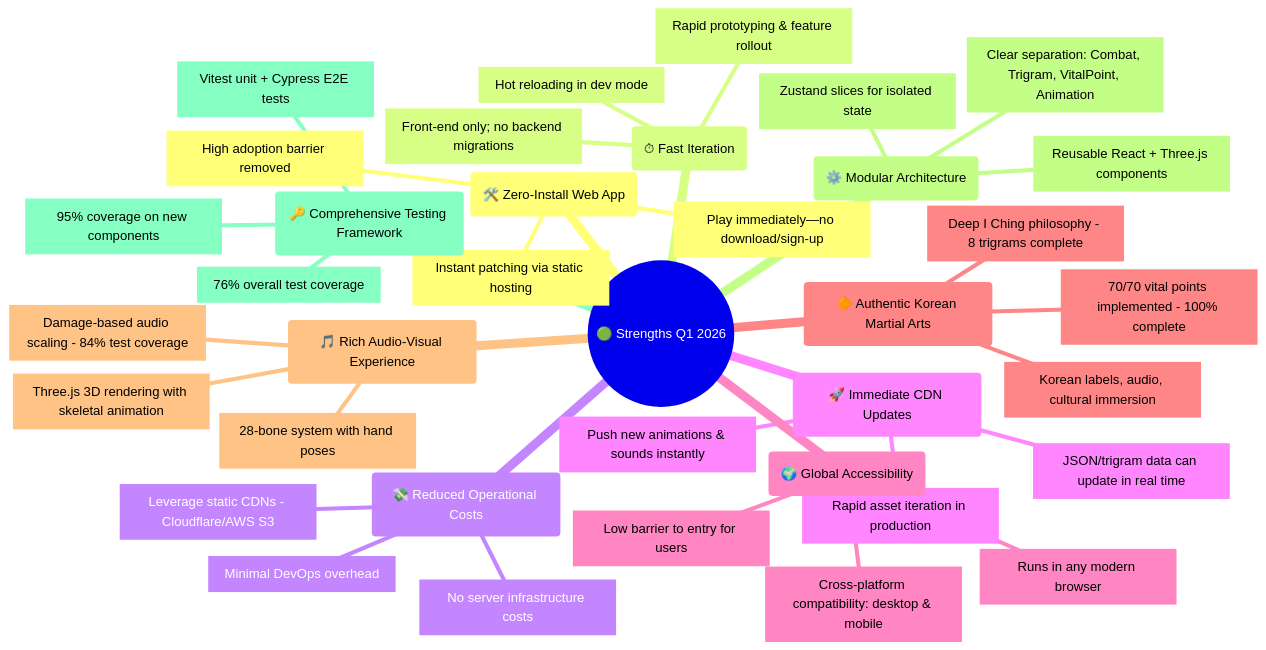
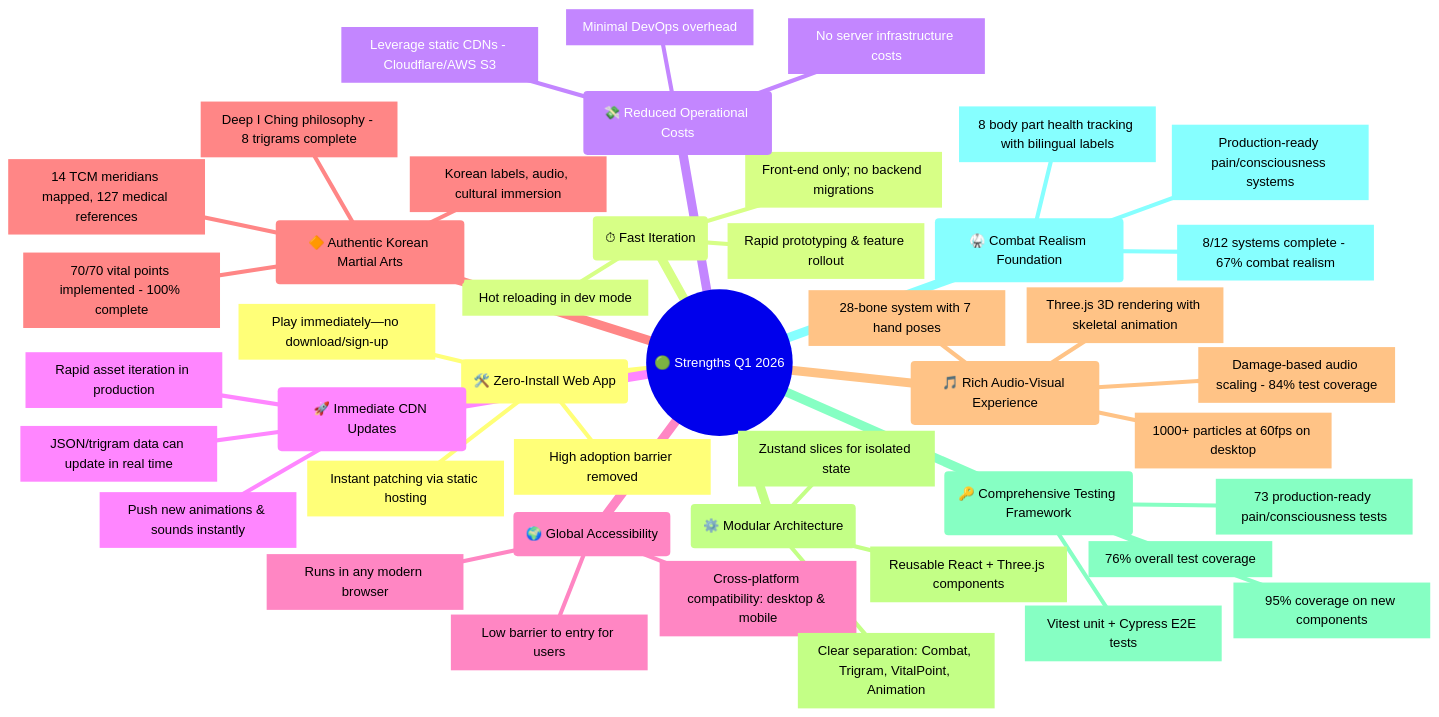
Before and after one commit to Hack23/blacktrigram: the ninth of 22 diagrams in ARCHITECTURE.md, drawn with Mermaid. The commit also changed other lines of this file, not shown here.

First line of the commit message:
Update ARCHITECTURE.md to reflect Q1 2026 Three.js implementation state

````diff
--- a/ARCHITECTURE.md
+++ b/ARCHITECTURE.md
@@ -1377,40 +1506,47 @@
 ```mermaid
 mindmap
   root((🟢 Strengths Q1 2026))
     id1(🛠️ Zero-Install Web App)
       id1.1[Play immediately—no download/sign-up]
       id1.2[Instant patching via static hosting]
       id1.3[High adoption barrier removed]
     id2(⏱ Fast Iteration)
       id2.1[Front-end only; no backend migrations]
       id2.2[Rapid prototyping & feature rollout]
       id2.3[Hot reloading in dev mode]
     id3(💸 Reduced Operational Costs)
       id3.1[No server infrastructure costs]
       id3.2[Leverage static CDNs - Cloudflare/AWS S3]
       id3.3[Minimal DevOps overhead]
     id4(🚀 Immediate CDN Updates)
       id4.1[Push new animations & sounds instantly]
       id4.2[JSON/trigram data can update in real time]
       id4.3[Rapid asset iteration in production]
     id5(🌍 Global Accessibility)
       id5.1[Runs in any modern browser]
       id5.2[Cross-platform compatibility: desktop & mobile]
       id5.3[Low barrier to entry for users]
     id6(🔶 Authentic Korean Martial Arts)
       id6.1[Deep I Ching philosophy - 8 trigrams complete]
       id6.2[70/70 vital points implemented - 100% complete]
       id6.3[Korean labels, audio, cultural immersion]
+      id6.4[14 TCM meridians mapped, 127 medical references]
     id7(🎵 Rich Audio-Visual Experience)
       id7.1[Three.js 3D rendering with skeletal animation]
-      id7.2[28-bone system with hand poses]
+      id7.2[28-bone system with 7 hand poses]
       id7.3[Damage-based audio scaling - 84% test coverage]
+      id7.4[1000+ particles at 60fps on desktop]
     id8(⚙️ Modular Architecture)
       id8.1[Clear separation: Combat, Trigram, VitalPoint, Animation]
       id8.2[Reusable React + Three.js components]
       id8.3[Zustand slices for isolated state]
     id9(🔑 Comprehensive Testing Framework)
       id9.1[76% overall test coverage]
       id9.2[95% coverage on new components]
       id9.3[Vitest unit + Cypress E2E tests]
+      id9.4[73 production-ready pain/consciousness tests]
+    id10(🥋 Combat Realism Foundation)
+      id10.1[8/12 systems complete - 67% combat realism]
+      id10.2[Production-ready pain/consciousness systems]
+      id10.3[8 body part health tracking with bilingual labels]
 ```
````
